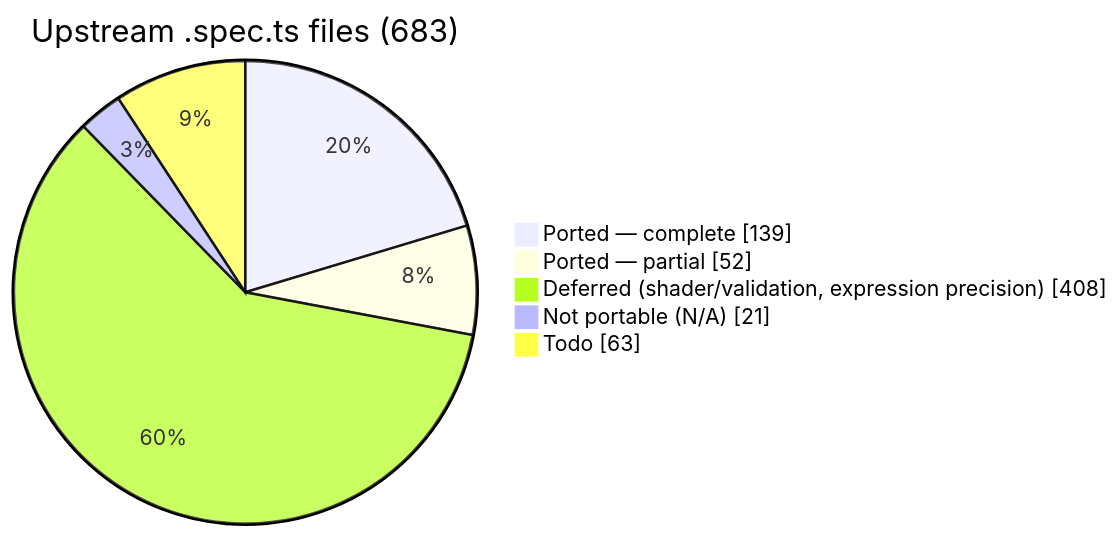
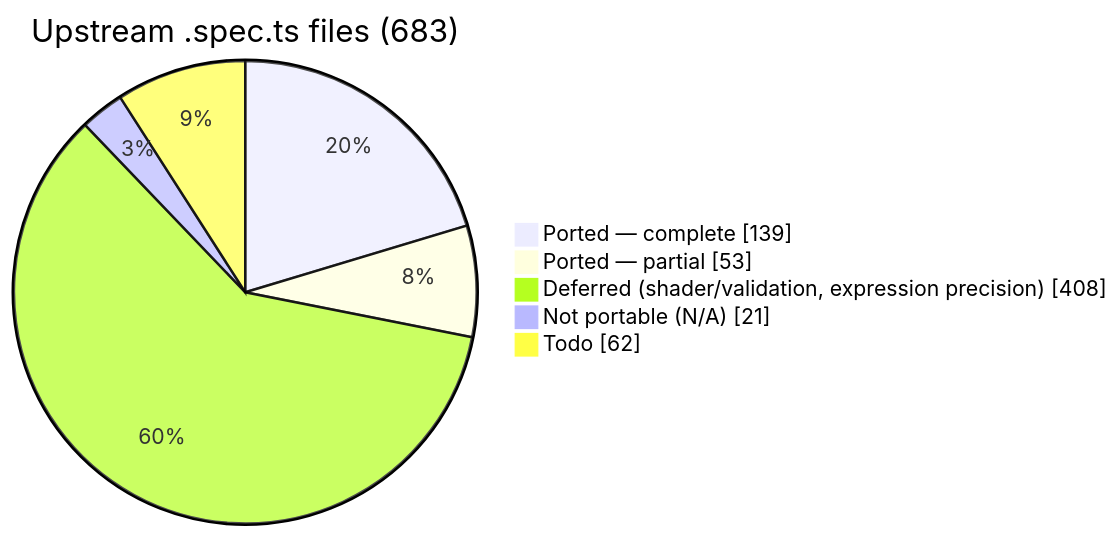
The first of 2 diagrams in README.md (infosia/webgpu-native-cts), drawn with Mermaid before and after one commit. The commit also changed other lines of this file and 4 other files, not shown here.

````diff
--- a/README.md
+++ b/README.md
@@ -94,9 +94,9 @@
 ```mermaid
 pie showData
     title Upstream .spec.ts files (683)
     "Ported — complete" : 139
-    "Ported — partial" : 52
+    "Ported — partial" : 53
     "Deferred (shader/validation, expression precision)" : 408
     "Not portable (N/A)" : 21
-    "Todo" : 63
+    "Todo" : 62
 ```
````
